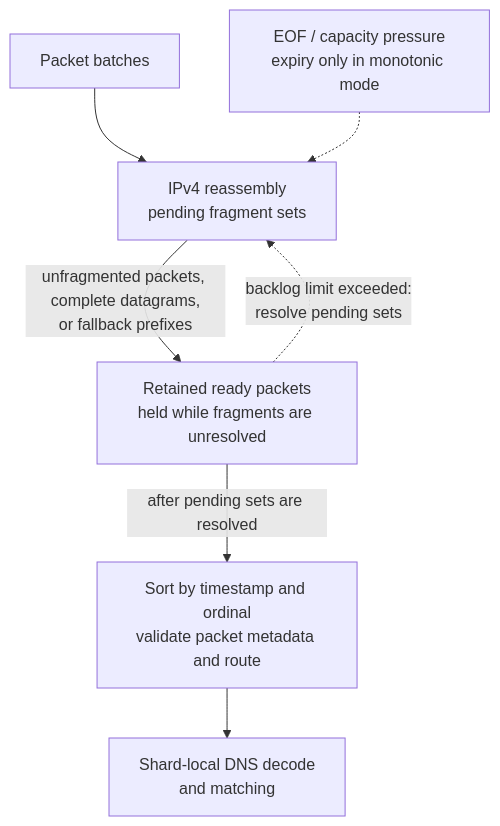
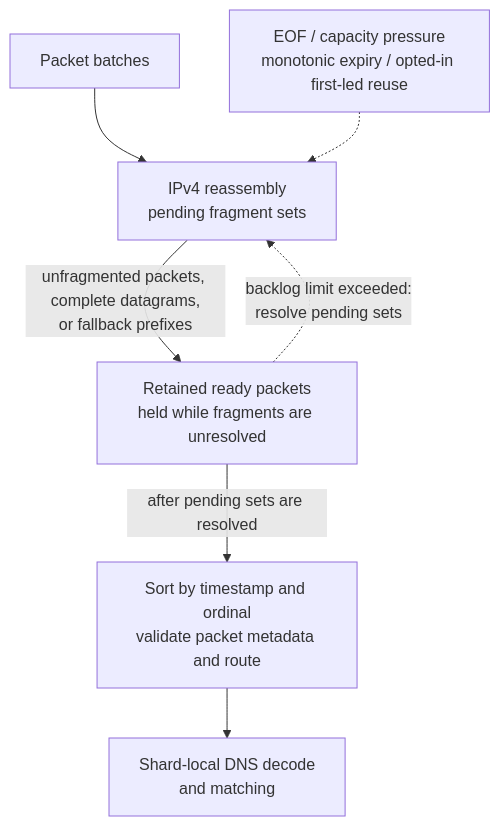
One commit to dnstelecom/dpp changed the fifth of 5 diagrams in docs/architecture.md. Above: the diagram before and after it, drawn with Mermaid. The commit also changed other lines of this file and 10 other files, not shown here.

````diff
--- a/docs/architecture.md
+++ b/docs/architecture.md
@@ -372,9 +372,9 @@
 ```mermaid
 flowchart TB
     Input["Packet batches"] --> Reassembly["IPv4 reassembly<br/>pending fragment sets"]
-    Resolve["EOF / capacity pressure<br/>expiry only in monotonic mode"] -.-> Reassembly
+    Resolve["EOF / capacity pressure<br/>monotonic expiry / opted-in first-led reuse"] -.-> Reassembly
     Reassembly -->|"unfragmented packets, complete datagrams,<br/>or fallback prefixes"| Ready["Retained ready packets<br/>held while fragments are unresolved"]
     Ready -.->|"backlog limit exceeded:<br/>resolve pending sets"| Reassembly
     Ready -->|"after pending sets are resolved"| Route["Sort by timestamp and ordinal<br/>validate packet metadata and route"]
     Route --> Match["Shard-local DNS decode<br/>and matching"]
 ```
````
